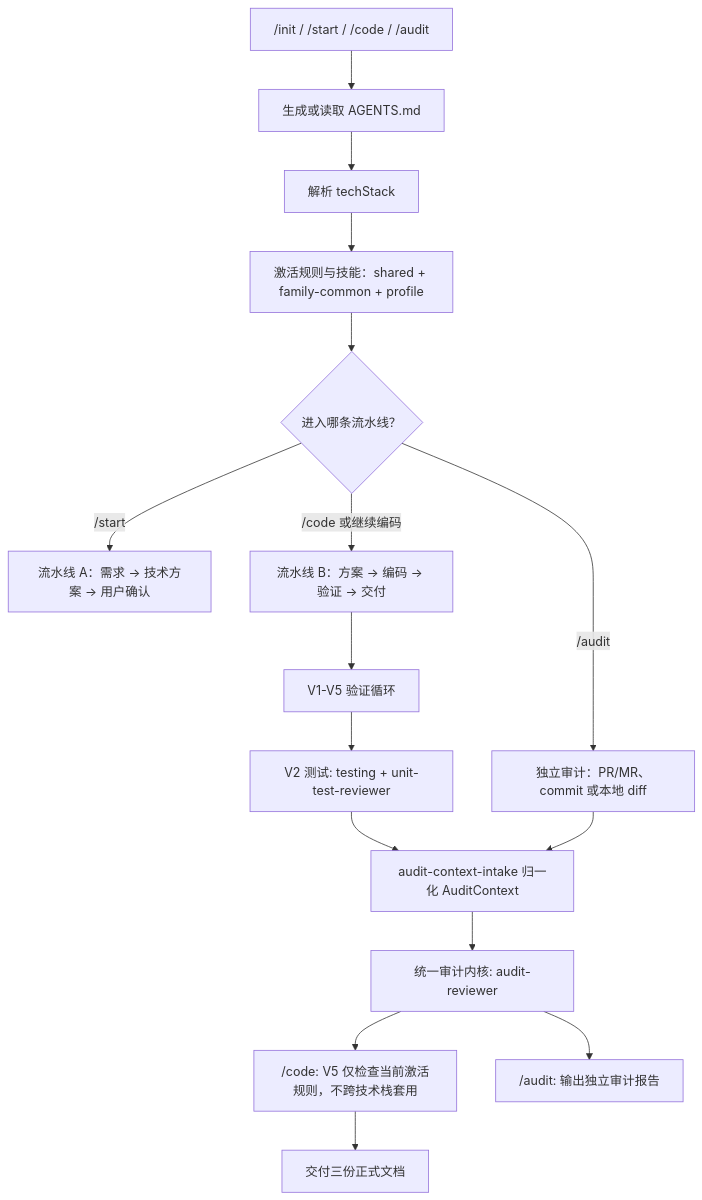
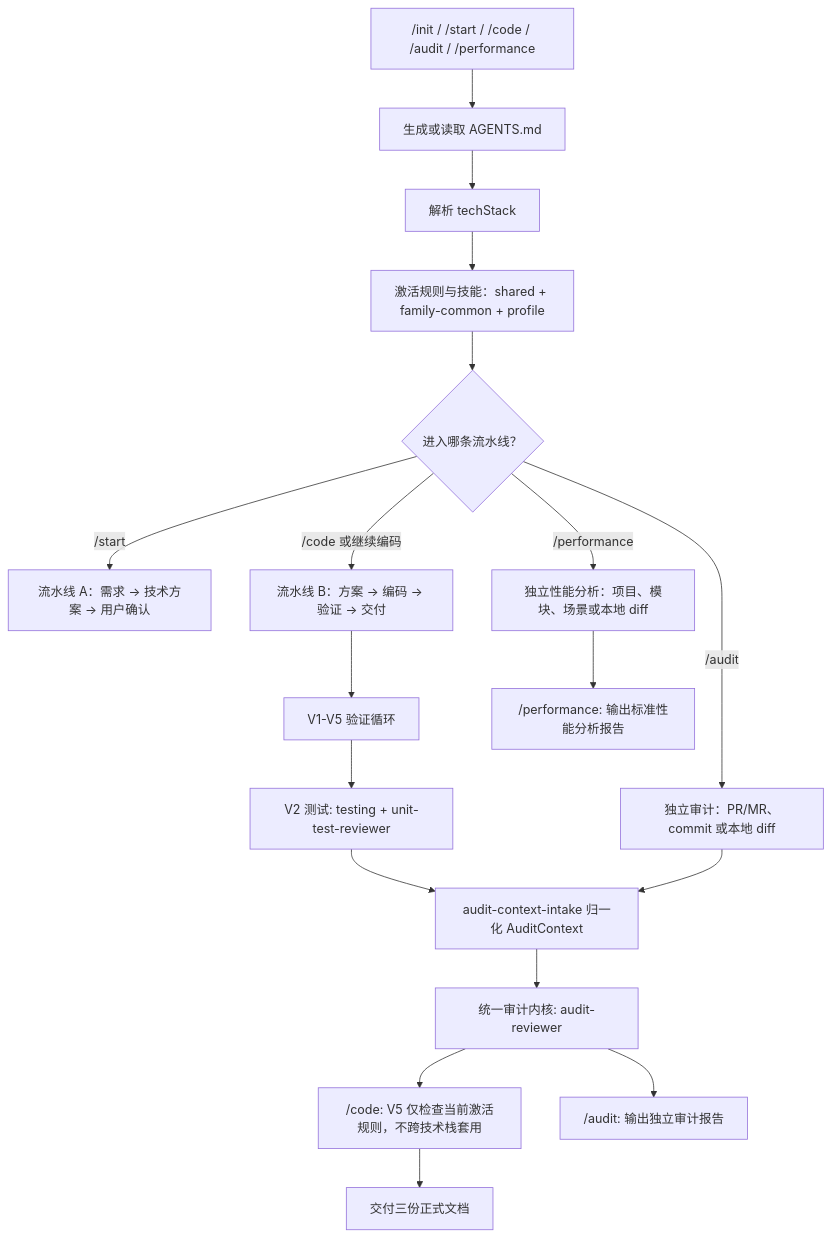
One commit to leikegeek/coding-exoskeleton changed the first of 2 diagrams in README.md. Above: the diagram before and after it, drawn with Mermaid. The commit also changed other lines of this file and 189 other files, not shown here.

````diff
--- a/README.md
+++ b/README.md
@@ -47,18 +48,20 @@
 ```mermaid
 flowchart TD
-    entry["/init / /start / /code / /audit"] --> profile["生成或读取 AGENTS.md"]
+    entry["/init / /start / /code / /audit / /performance"] --> profile["生成或读取 AGENTS.md"]
     profile --> techStack["解析 techStack"]
     techStack --> activation["激活规则与技能：shared + family-common + profile"]
     activation --> pipeline{"进入哪条流水线？"}
     pipeline -->|/start| design["流水线 A：需求 → 技术方案 → 用户确认"]
     pipeline -->|/code 或继续编码| coding["流水线 B：方案 → 编码 → 验证 → 交付"]
     pipeline -->|/audit| auditInput["独立审计：PR/MR、commit 或本地 diff"]
+    pipeline -->|/performance| perfInput["独立性能分析：项目、模块、场景或本地 diff"]
     coding --> verify["V1-V5 验证循环"]
     verify --> v2["V2 测试: testing + unit-test-reviewer"]
     v2 --> auditContext["audit-context-intake 归一化 AuditContext"]
     auditInput --> auditContext
     auditContext --> v4["统一审计内核: audit-reviewer"]
     v4 --> v5["/code: V5 仅检查当前激活规则，不跨技术栈套用"]
     v5 --> delivery["交付三份正式文档"]
     v4 --> auditReport["/audit: 输出独立审计报告"]
+    perfInput --> perfReport["/performance: 输出标准性能分析报告"]
 ```
````
